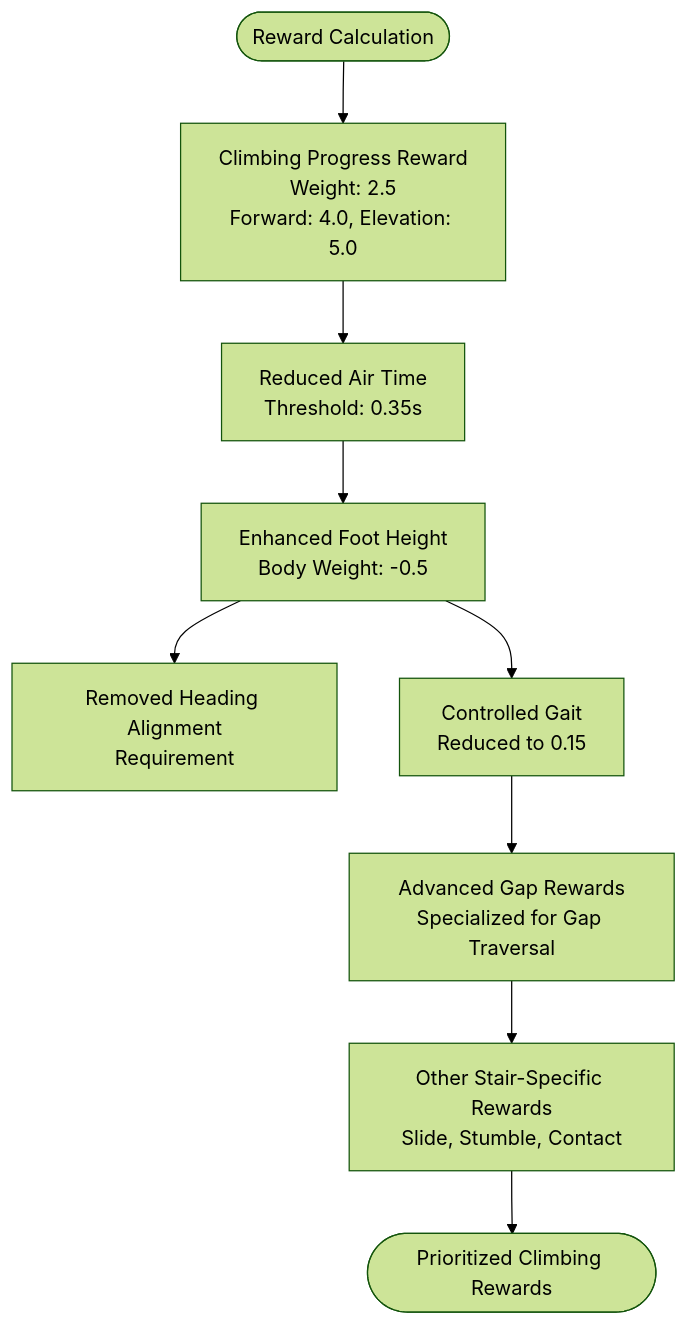
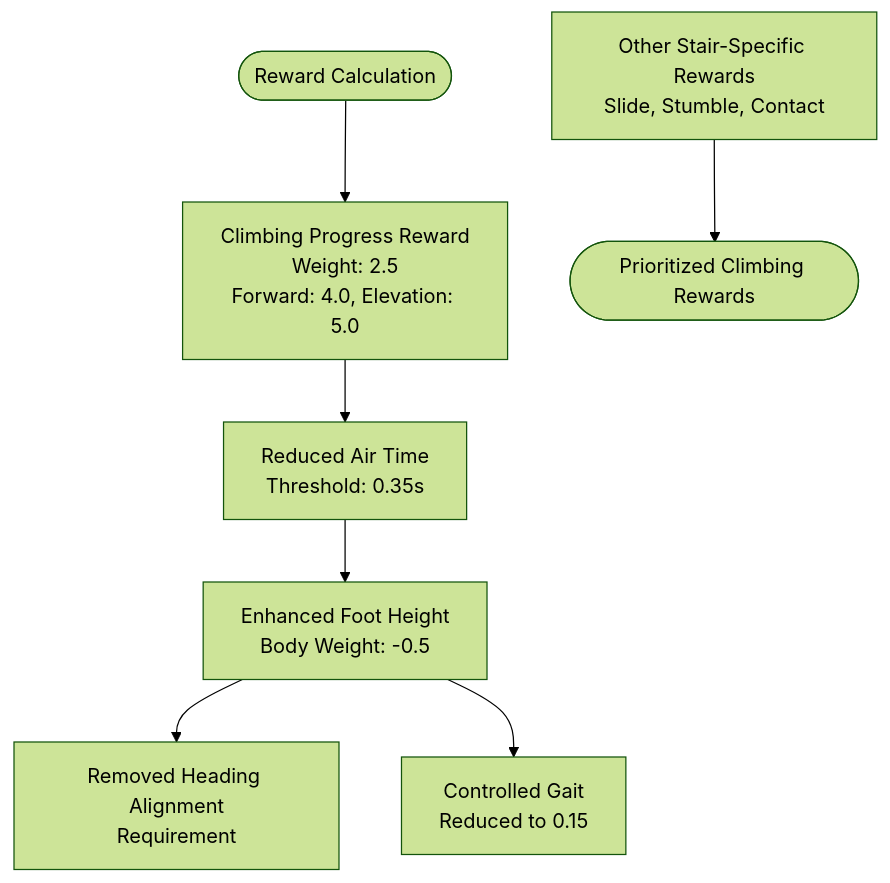
Before and after one commit to jayjayhust/robot_lab: the seventh of 13 diagrams in .qoder/repowiki/en/content/ZSIBOT ZSL1 Stair Climbing Configuration.md, drawn with Mermaid (forest theme). The commit also changed other lines of this file and 14 other files, not shown here.

````diff
--- a/.qoder/repowiki/en/content/ZSIBOT ZSL1 Stair Climbing Configuration.md
+++ b/.qoder/repowiki/en/content/ZSIBOT ZSL1 Stair Climbing Configuration.md
@@ -467,11 +409,10 @@
 ```mermaid
 flowchart TD
 REWARDS_START([Reward Calculation]) --> CLIMB_PROGRESS["Climbing Progress Reward<br/>Weight: 2.5<br/>Forward: 4.0, Elevation: 5.0"]
 CLIMB_PROGRESS --> REDUCED_AIR_TIME["Reduced Air Time<br/>Threshold: 0.35s"]
 REDUCED_AIR_TIME --> ENHANCED_FOOT_HEIGHT["Enhanced Foot Height<br/>Body Weight: -0.5"]
 ENHANCED_FOOT_HEIGHT --> REMOVED_HEADING["Removed Heading Alignment<br/>Requirement"]
 ENHANCED_FOOT_HEIGHT --> CONTROLLED_GAIT["Controlled Gait<br/>Reduced to 0.15"]
-CONTROLLED_GAIT --> ADVANCED_GAP_REWARDS["Advanced Gap Rewards<br/>Specialized for Gap Traversal"]
-ADVANCED_GAP_REWARDS --> OTHER_REWARDS["Other Stair-Specific Rewards<br/>Slide, Stumble, Contact"]
+OTHER_REWARDS["Other Stair-Specific Rewards<br/>Slide, Stumble, Contact"]
 OTHER_REWARDS --> REWARDS_END([Prioritized Climbing Rewards])
 ```
````
